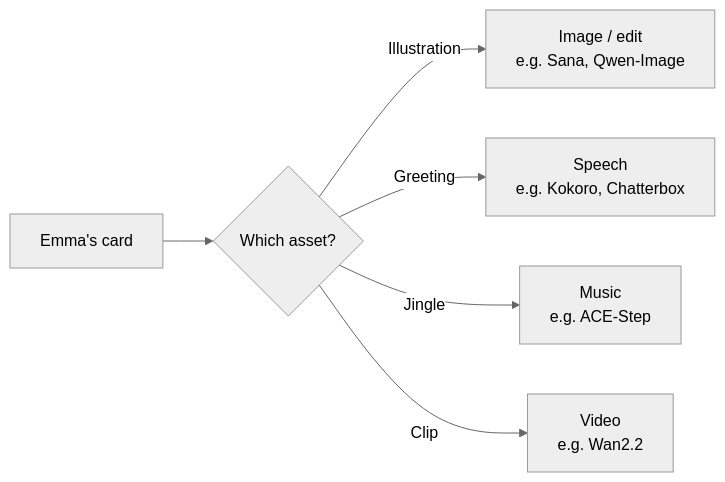
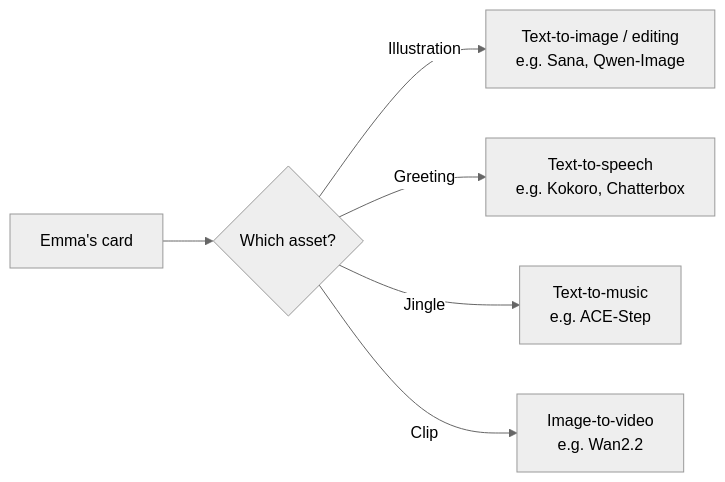
One commit to DataTalksClub/production-ai-agents-for-media-generation changed the first of 3 diagrams in 01-consistent-media-generation-on-serverless-gpus/01-landscape.md. Above: the diagram before and after it, drawn with Mermaid (neutral theme). The commit also changed other lines of this file, not shown here.

````diff
--- a/01-consistent-media-generation-on-serverless-gpus/01-landscape.md
+++ b/01-consistent-media-generation-on-serverless-gpus/01-landscape.md
@@ -56,8 +80,8 @@
 ```mermaid
 flowchart LR
-  Brief["Emma's card"] --> Modality{"Which asset?"}
-  Modality -->|"Illustration"| Image["Image / edit<br/>e.g. Sana, Qwen-Image"]
-  Modality -->|"Greeting"| Speech["Speech<br/>e.g. Kokoro, Chatterbox"]
-  Modality -->|"Jingle"| Music["Music<br/>e.g. ACE-Step"]
-  Modality -->|"Clip"| Video["Video<br/>e.g. Wan2.2"]
+  Brief["Emma's card"] --> Asset{"Which asset?"}
+  Asset -->|"Illustration"| Image["Text-to-image / editing<br/>e.g. Sana, Qwen-Image"]
+  Asset -->|"Greeting"| Speech["Text-to-speech<br/>e.g. Kokoro, Chatterbox"]
+  Asset -->|"Jingle"| Music["Text-to-music<br/>e.g. ACE-Step"]
+  Asset -->|"Clip"| Video["Image-to-video<br/>e.g. Wan2.2"]
 ```
````
